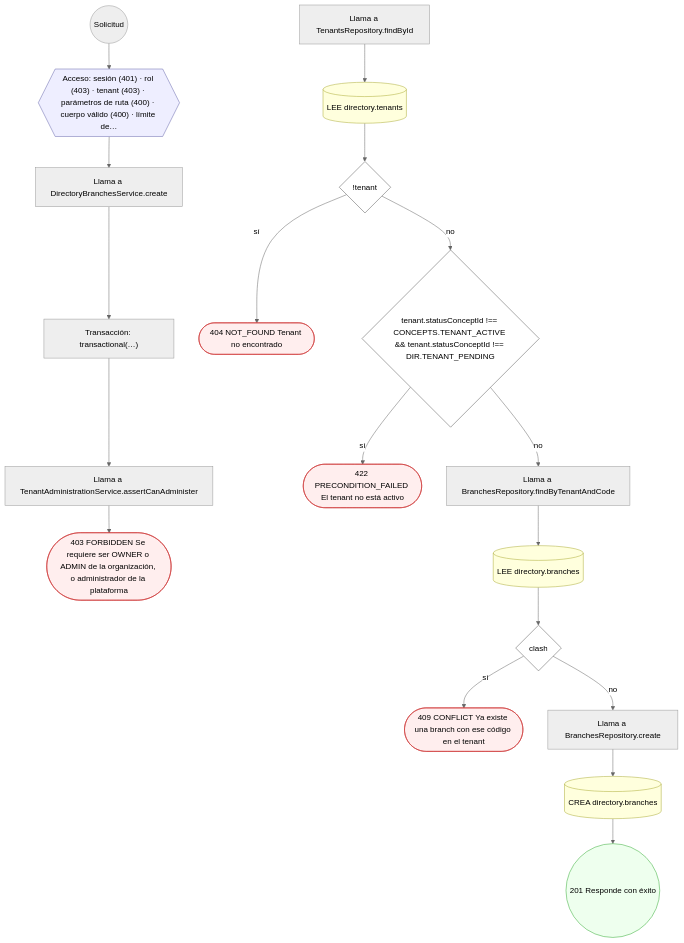
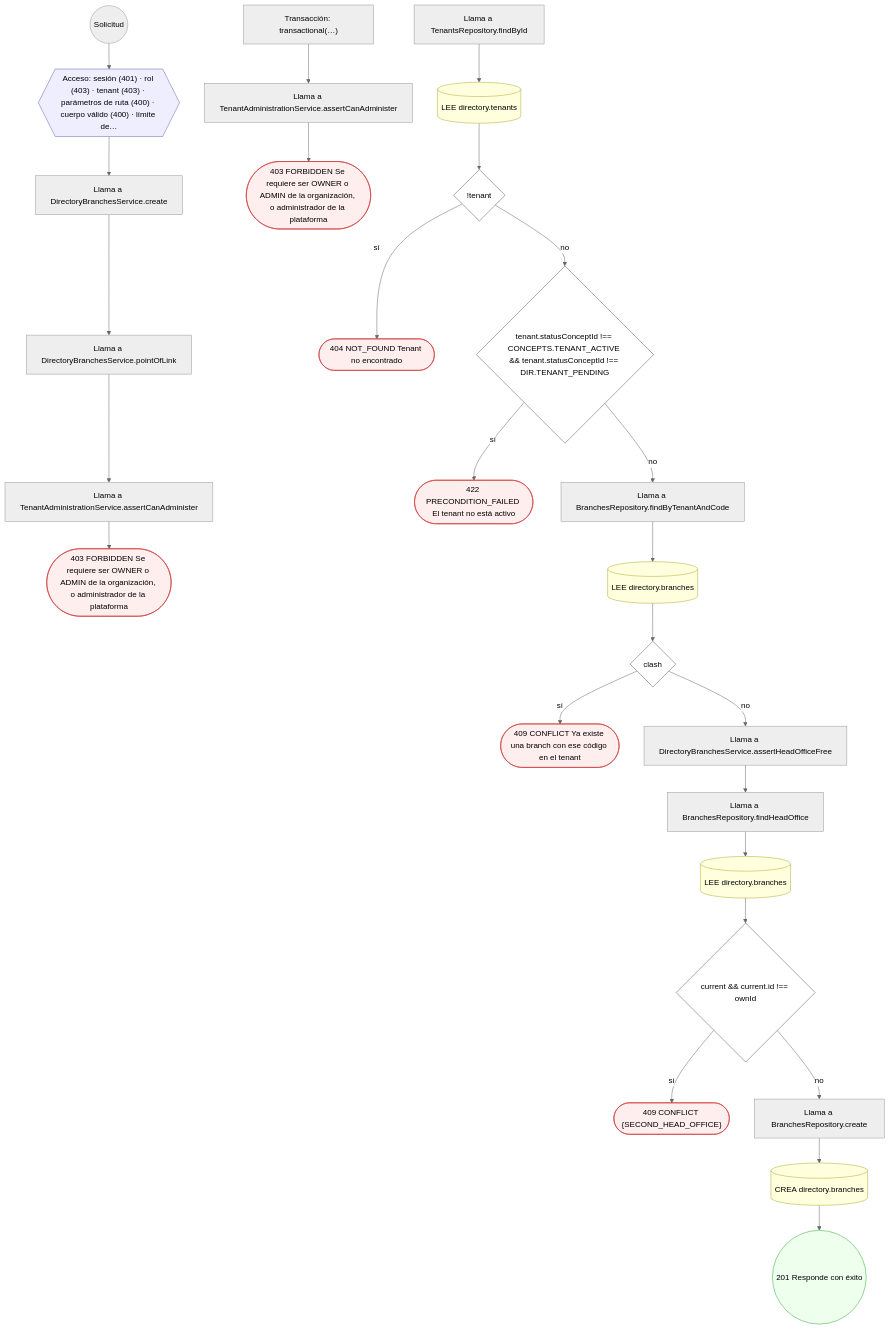
One commit to mdavila-2001/mantra-core-health-api changed diagram 11 of 31 in docs/inventario/flujos/directory.md. Above: the diagram before and after it, drawn with Mermaid (neutral theme). The commit also changed other lines of this file and 376 other files, not shown here.

````diff
--- a/docs/inventario/flujos/directory.md
+++ b/docs/inventario/flujos/directory.md
@@ -1125,45 +1190,60 @@
 ```mermaid
 flowchart TD
   n1(("Solicitud")):::inicio
   n2{{"Acceso: sesión (401) · rol (403) · tenant (403) · parámetros de ruta (400) · cuerpo válido (400) · límite de…"}}:::acceso
   n1 --> n2
   n3["Llama a DirectoryBranchesService.create"]:::llamada
   n2 --> n3
-  n4["Transacción: transactional(…)"]:::transaccion
+  n4["Llama a DirectoryBranchesService.pointOfLink"]:::llamada
   n3 --> n4
   n5["Llama a TenantAdministrationService.assertCanAdminister"]:::llamada
   n4 --> n5
   n6(["403 FORBIDDEN Se requiere ser OWNER o ADMIN de la organización, o administrador de la plataforma"]):::error
   n5 --> n6
-  n7["Llama a TenantsRepository.findById"]:::llamada
-  n8[("LEE directory.tenants")]:::efecto
+  n7["Transacción: transactional(…)"]:::transaccion
+  n8["Llama a TenantAdministrationService.assertCanAdminister"]:::llamada
   n7 --> n8
-  n9{"!tenant"}:::decision
+  n9(["403 FORBIDDEN Se requiere ser OWNER o ADMIN de la organización, o administrador de la plataforma"]):::error
   n8 --> n9
-  n10(["404 NOT_FOUND Tenant no encontrado"]):::error
-  n9 -->|"sí"| n10
-  n11{"tenant.statusConceptId !== CONCEPTS.TENANT_ACTIVE && tenant.statusConceptId !== DIR.TENANT_PENDING"}:::decision
-  n9 -->|"no"| n11
-  n12(["422 PRECONDITION_FAILED El tenant no está activo"]):::error
-  n11 -->|"sí"| n12
-  n13["Llama a BranchesRepository.findByTenantAndCode"]:::llamada
-  n11 -->|"no"| n13
-  n14[("LEE directory.branches")]:::efecto
-  n13 --> n14
-  n15{"clash"}:::decision
-  n14 --> n15
-  n16(["409 CONFLICT Ya existe una branch con ese código en el tenant"]):::error
-  n15 -->|"sí"| n16
-  n17["Llama a BranchesRepository.create"]:::llamada
-  n15 -->|"no"| n17
-  n18[("CREA directory.branches")]:::efecto
+  n10["Llama a TenantsRepository.findById"]:::llamada
+  n11[("LEE directory.tenants")]:::efecto
+  n10 --> n11
+  n12{"!tenant"}:::decision
+  n11 --> n12
+  n13(["404 NOT_FOUND Tenant no encontrado"]):::error
+  n12 -->|"sí"| n13
+  n14{"tenant.statusConceptId !== CONCEPTS.TENANT_ACTIVE && tenant.statusConceptId !== DIR.TENANT_PENDING"}:::decision
+  n12 -->|"no"| n14
+  n15(["422 PRECONDITION_FAILED El tenant no está activo"]):::error
+  n14 -->|"sí"| n15
+  n16["Llama a BranchesRepository.findByTenantAndCode"]:::llamada
+  n14 -->|"no"| n16
+  n17[("LEE directory.branches")]:::efecto
+  n16 --> n17
+  n18{"clash"}:::decision
   n17 --> n18
-  n19(("201 Responde con éxito")):::ok
-  n18 --> n19
+  n19(["409 CONFLICT Ya existe una branch con ese código en el tenant"]):::error
+  n18 -->|"sí"| n19
+  n20["Llama a DirectoryBranchesService.assertHeadOfficeFree"]:::llamada
+  n18 -->|"no"| n20
+  n21["Llama a BranchesRepository.findHeadOffice"]:::llamada
+  n20 --> n21
+  n22[("LEE directory.branches")]:::efecto
+  n21 --> n22
+  n23{"current && current.id !== ownId"}:::decision
+  n22 --> n23
+  n24(["409 CONFLICT {SECOND_HEAD_OFFICE}"]):::error
+  n23 -->|"sí"| n24
+  n25["Llama a BranchesRepository.create"]:::llamada
+  n23 -->|"no"| n25
+  n26[("CREA directory.branches")]:::efecto
+  n25 --> n26
+  n27(("201 Responde con éxito")):::ok
+  n26 --> n27
   classDef acceso fill:#eef,stroke:#66a
   classDef error fill:#fee,stroke:#c33
   classDef ok fill:#efe,stroke:#3a3
   classDef efecto fill:#ffd,stroke:#aa3
   classDef decision fill:#fff,stroke:#555
   classDef corte fill:#eee,stroke:#999,stroke-dasharray: 4
 ```
````
